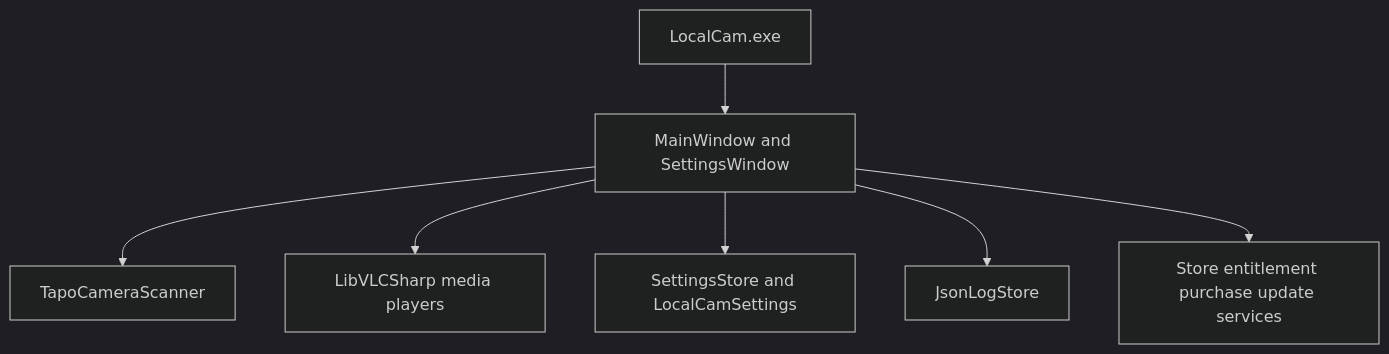
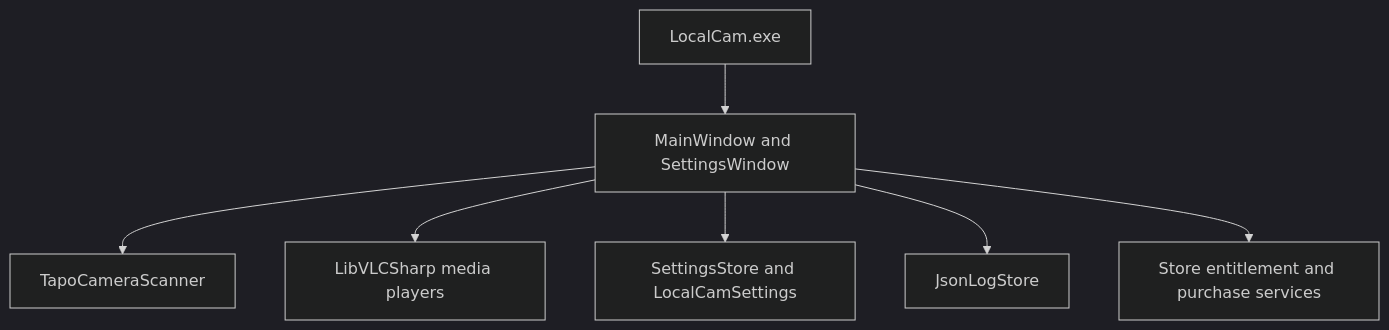
The second of 2 diagrams in docs/requirements/03-ARCHITECTURE-AND-DESIGN-BASELINE.md (JustinTagarda/LocalCam), drawn with Mermaid (dark theme) before and after one commit. The commit also changed other lines of this file and 19 other files, not shown here.

````diff
--- a/docs/requirements/03-ARCHITECTURE-AND-DESIGN-BASELINE.md
+++ b/docs/requirements/03-ARCHITECTURE-AND-DESIGN-BASELINE.md
@@ -16,16 +16,16 @@
 ```mermaid
 flowchart TD
   App[LocalCam.exe]
   UI[MainWindow and SettingsWindow]
   Scan[TapoCameraScanner]
   Media[LibVLCSharp media players]
   Persist[SettingsStore and LocalCamSettings]
   Logs[JsonLogStore]
-  StoreSvc[Store entitlement purchase update services]
+  StoreSvc[Store entitlement and purchase services]
   App --> UI
   UI --> Scan
   UI --> Media
   UI --> Persist
   UI --> Logs
   UI --> StoreSvc
 ```
````
